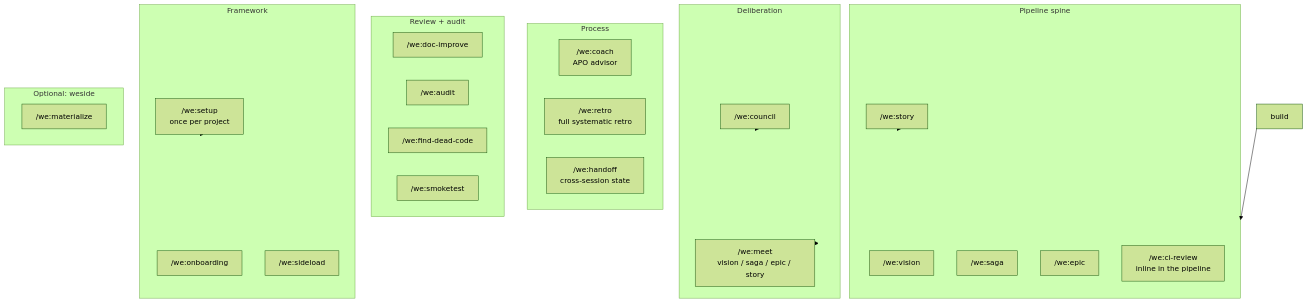
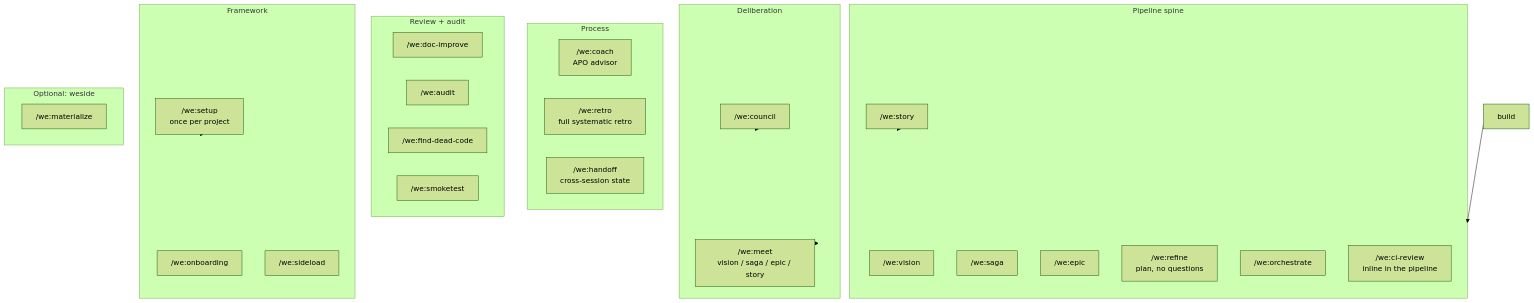
Before and after one commit to weside-ai/claude-code-plugin: the fourth of 4 diagrams in docs/workflow.md, drawn with Mermaid (forest theme). The commit also changed 14 other files, not shown here.

````diff
--- a/docs/workflow.md
+++ b/docs/workflow.md
@@ -200,39 +200,41 @@
 ```mermaid
 flowchart TB
     subgraph spine[Pipeline spine]
         vision["/we:vision"]
         saga["/we:saga"]
         epic["/we:epic"]
         story["/we:story"]
+        refine["/we:refine<br/>plan, no questions"]
+        orch["/we:orchestrate"]
         cireview["/we:ci-review<br/>inline in the pipeline"]
     end
     subgraph deliberation[Deliberation]
         council["/we:council"]
         meet["/we:meet<br/>vision / saga / epic / story"]
     end
     subgraph process[Process]
         coach["/we:coach<br/>APO advisor"]
         retro["/we:retro<br/>full systematic retro"]
         handoff["/we:handoff<br/>cross-session state"]
     end
     subgraph review[Review + audit]
         docimprove["/we:doc-improve"]
         audit["/we:audit"]
         find["/we:find-dead-code"]
         smoke["/we:smoketest"]
     end
     subgraph framework[Framework]
         setup["/we:setup<br/>once per project"]
         onboard["/we:onboarding"]
         sideload["/we:sideload"]
     end
     subgraph weside[Optional: weside]
         materialize["/we:materialize"]
     end
 
     setup --> framework
     council --> deliberation
     meet --> deliberation
     story --> spine
     build --> spine
 ```
````
